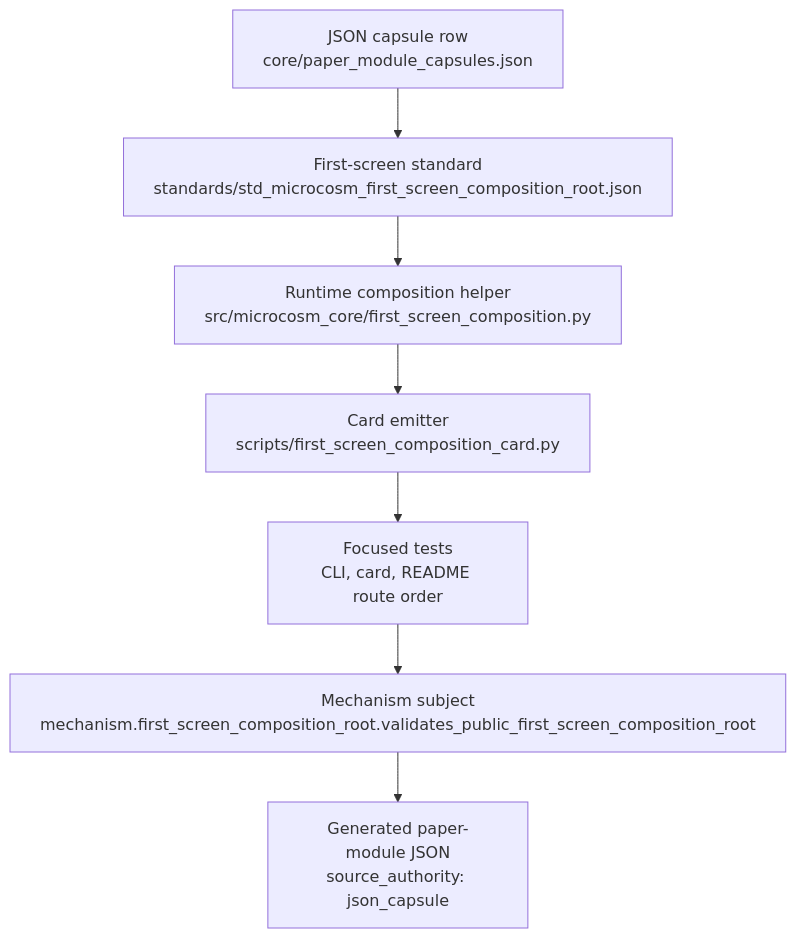
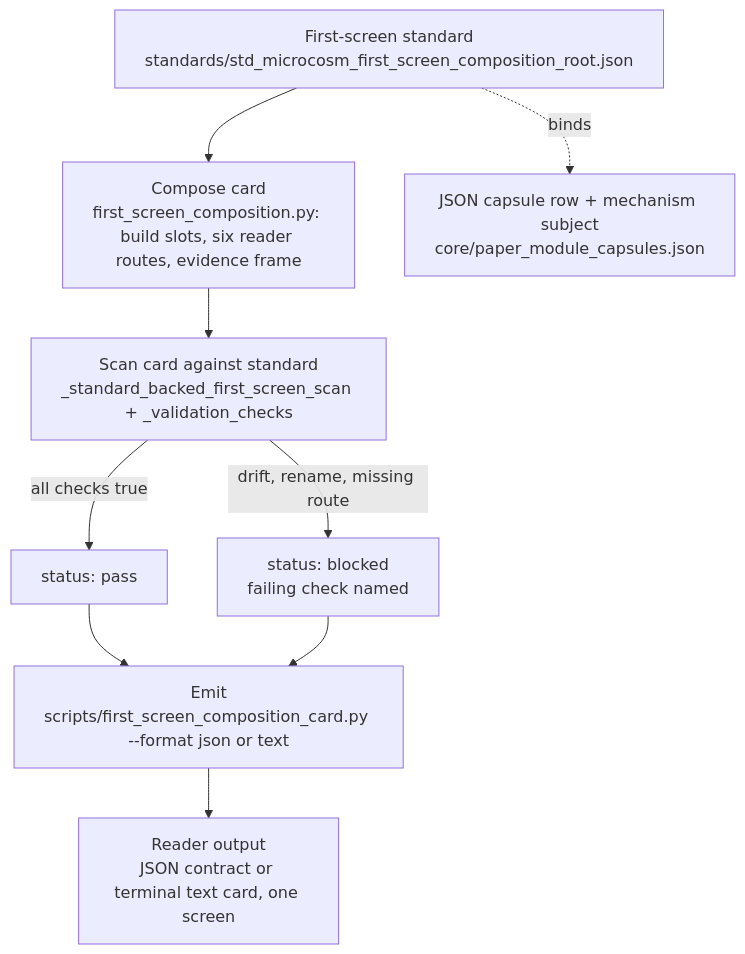
The diagram in paper_modules/first_screen_composition_root.md (wcook04/plectis), drawn with Mermaid before and after one commit. The commit also changed other lines of this file and 90 other files, not shown here.

First line of the commit message:
microcosm: enrich public paper-module prose and Shape diagrams (91 modules)

````diff
--- a/paper_modules/first_screen_composition_root.md
+++ b/paper_modules/first_screen_composition_root.md
@@ -35,9 +56,11 @@
 ```mermaid
 flowchart TD
-    A["JSON capsule row<br/>core/paper_module_capsules.json"] --> B["First-screen standard<br/>standards/std_microcosm_first_screen_composition_root.json"]
-    B --> C["Runtime composition helper<br/>src/microcosm_core/first_screen_composition.py"]
-    C --> D["Card emitter<br/>scripts/first_screen_composition_card.py"]
-    D --> E["Focused tests<br/>CLI, card, README route order"]
-    E --> F["Mechanism subject<br/>mechanism.first_screen_composition_root.validates_public_first_screen_composition_root"]
-    F --> G["Generated paper-module JSON<br/>source_authority: json_capsule"]
+    A["First-screen standard<br/>standards/std_microcosm_first_screen_composition_root.json"] --> B["Compose card<br/>first_screen_composition.py: build slots, six reader routes, evidence frame"]
+    B --> C["Scan card against standard<br/>_standard_backed_first_screen_scan + _validation_checks"]
+    C -->|all checks true| D["status: pass"]
+    C -->|drift, rename, missing route| E["status: blocked<br/>failing check named"]
+    D --> F["Emit<br/>scripts/first_screen_composition_card.py --format json or text"]
+    E --> F
+    F --> G["Reader output<br/>JSON contract or terminal text card, one screen"]
+    A -.binds.-> H["JSON capsule row + mechanism subject<br/>core/paper_module_capsules.json"]
 ```
````
